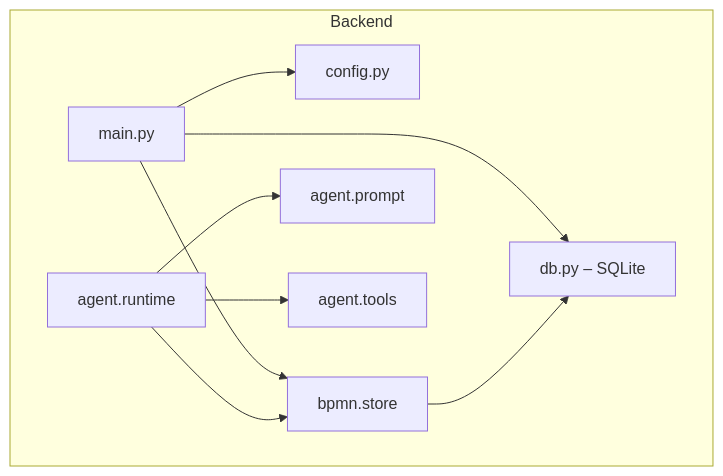
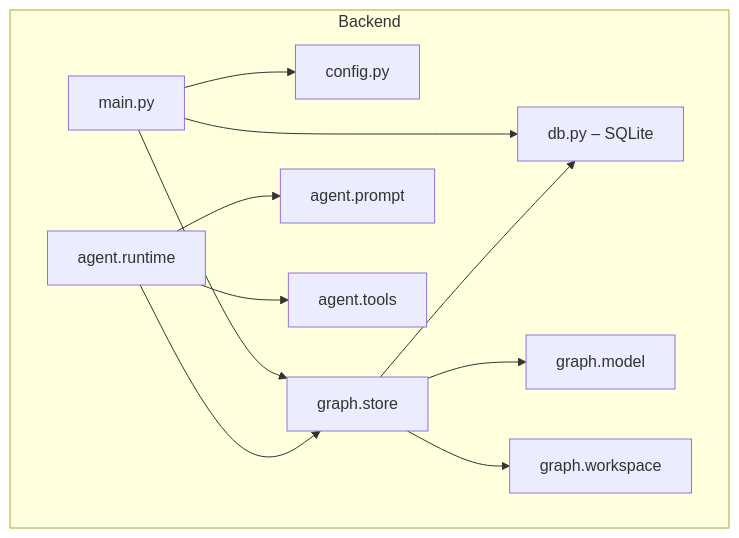
The diagram in docs/DATA_FLOW.md (prichard26/Submission-Nova-Hack-Consularis), drawn with Mermaid before and after one commit. The commit also changed other lines of this file and 27 other files, not shown here.

````diff
--- a/docs/DATA_FLOW.md
+++ b/docs/DATA_FLOW.md
@@ -7,19 +7,23 @@
 ```mermaid
 flowchart TB
   subgraph backend [Backend]
     Main[main.py]
     Config[config.py]
     DB[db.py – SQLite]
-    BpmnStore[bpmn.store]
+    GraphStore[graph.store]
+    GraphModel[graph.model]
+    GraphWorkspace[graph.workspace]
     AgentRun[agent.runtime]
     AgentPrompt[agent.prompt]
     AgentTools[agent.tools]
   end
   Main --> Config
   Main --> DB
-  Main --> BpmnStore
-  BpmnStore --> DB
+  Main --> GraphStore
+  GraphStore --> DB
+  GraphStore --> GraphModel
+  GraphStore --> GraphWorkspace
   AgentRun --> AgentPrompt
   AgentRun --> AgentTools
-  AgentRun --> BpmnStore
+  AgentRun --> GraphStore
 ```
````
